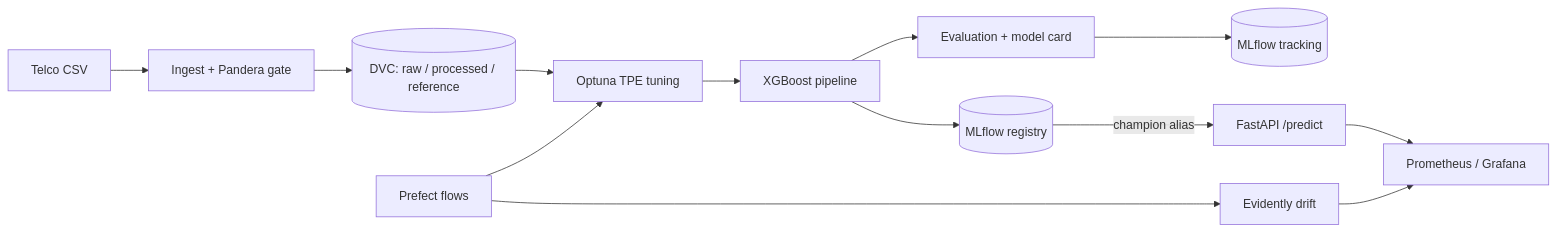
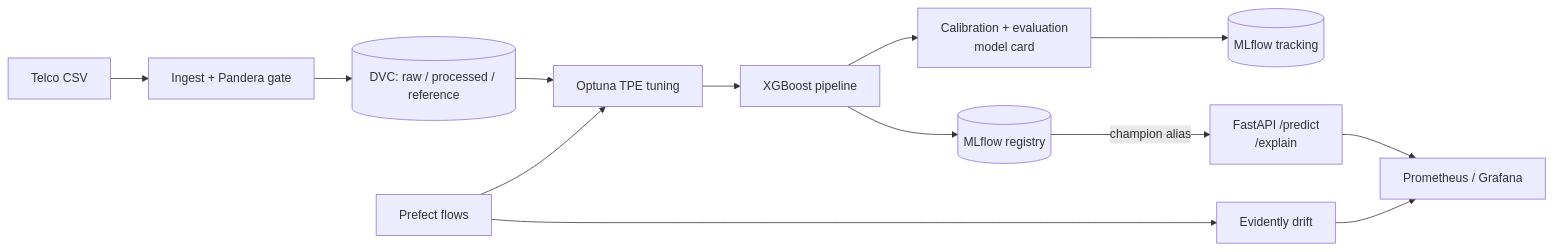
One commit to GuptaAman12/churnguard changed the diagram in README.md. Above: the diagram before and after it, drawn with Mermaid. The commit also changed other lines of this file and 18 other files, not shown here.

````diff
--- a/README.md
+++ b/README.md
@@ -64,15 +75,15 @@
 ```mermaid
 flowchart LR
     A[Telco CSV] --> B[Ingest + Pandera gate]
     B --> C[(DVC: raw / processed / reference)]
     C --> D[Optuna TPE tuning]
     D --> E[XGBoost pipeline]
-    E --> F[Evaluation + model card]
+    E --> F[Calibration + evaluation<br/>model card]
     F --> G[(MLflow tracking)]
     E --> H[(MLflow registry)]
-    H -->|champion alias| I[FastAPI /predict]
+    H -->|champion alias| I[FastAPI /predict<br/>/explain]
     I --> J[Prometheus / Grafana]
     K[Evidently drift] --> J
     L[Prefect flows] --> D
     L --> K
 ```
````
